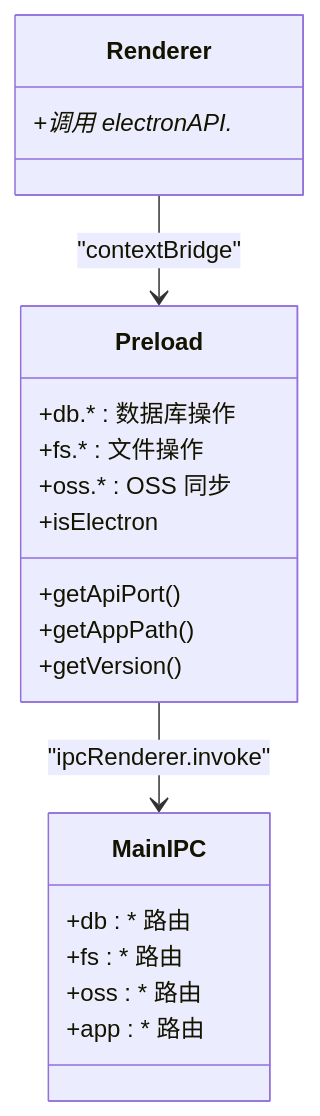
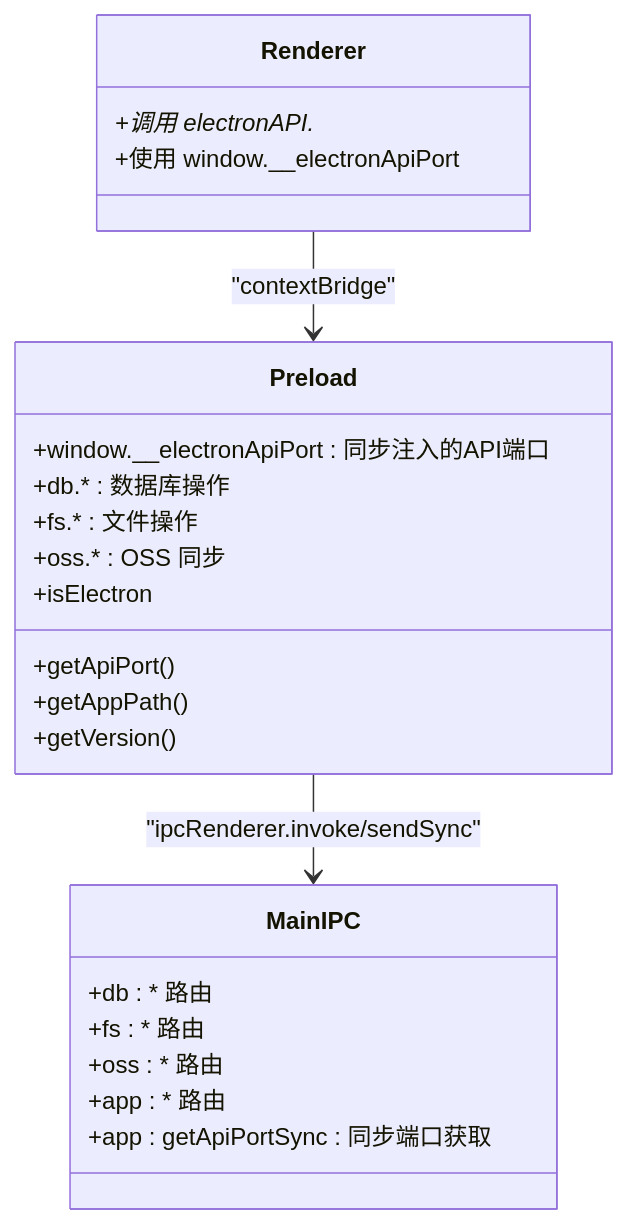
The fourth of 14 diagrams in .qoder/repowiki/zh/content/架构设计/Electron 桌面应用架构.md (AlbusWei/AI-Image-Studio), drawn with Mermaid before and after one commit. The commit also changed other lines of this file and 26 other files, not shown here.

Commit message:
fix: 修复 Gallery 图片显示 broken image 问题

````diff
--- a/.qoder/repowiki/zh/content/架构设计/Electron 桌面应用架构.md
+++ b/.qoder/repowiki/zh/content/架构设计/Electron 桌面应用架构.md
@@ -268,23 +302,26 @@
 ```mermaid
 classDiagram
 class Preload {
++window.__electronApiPort : 同步注入的API端口
 +db.* : 数据库操作
 +fs.* : 文件操作
 +oss.* : OSS 同步
 +getApiPort()
 +isElectron
 +getAppPath()
 +getVersion()
 }
 class Renderer {
 +调用 electronAPI.*
++使用 window.__electronApiPort
 }
 class MainIPC {
 +db : * 路由
 +fs : * 路由
 +oss : * 路由
 +app : * 路由
++app : getApiPortSync : 同步端口获取
 }
 Renderer --> Preload : "contextBridge"
-Preload --> MainIPC : "ipcRenderer.invoke"
+Preload --> MainIPC : "ipcRenderer.invoke/sendSync"
 ```
````
